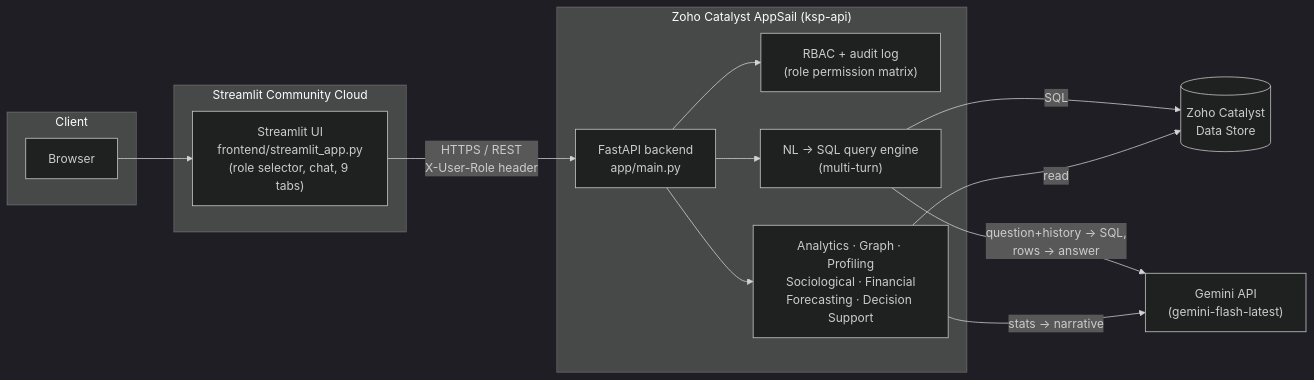
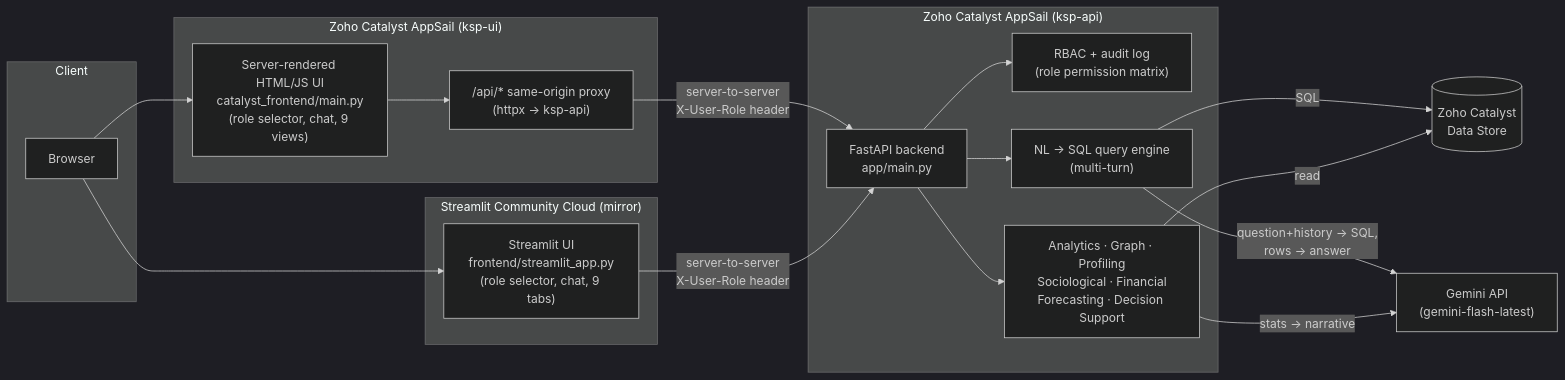
Before and after one commit to divya-d510/kaval-ai: the diagram in README.md, drawn with Mermaid (dark theme). The commit also changed other lines of this file and 9 other files, not shown here.

Commit message:
frontend deployed with catalyst zoho

````diff
--- a/README.md
+++ b/README.md
@@ -36,30 +38,38 @@
 ```mermaid
 flowchart LR
     subgraph Client
         Browser["Browser"]
     end
 
-    subgraph "Streamlit Community Cloud"
+    subgraph "Zoho Catalyst AppSail (ksp-ui)"
+        HTML["Server-rendered HTML/JS UI\ncatalyst_frontend/main.py\n(role selector, chat, 9 views)"]
+        Proxy["/api/* same-origin proxy\n(httpx -> ksp-api)"]
+    end
+
+    subgraph "Streamlit Community Cloud (mirror)"
         UI["Streamlit UI\nfrontend/streamlit_app.py\n(role selector, chat, 9 tabs)"]
     end
 
     subgraph "Zoho Catalyst AppSail (ksp-api)"
         API["FastAPI backend\napp/main.py"]
         RBAC["RBAC + audit log\n(role permission matrix)"]
         QE["NL -> SQL query engine\n(multi-turn)"]
         Services["Analytics · Graph · Profiling\nSociological · Financial\nForecasting · Decision Support"]
     end
 
     DS[("Zoho Catalyst\nData Store")]
     LLM["Gemini API\n(gemini-flash-latest)"]
 
+    Browser --> HTML
     Browser --> UI
-    UI -- "HTTPS / REST\nX-User-Role header" --> API
+    HTML --> Proxy
+    Proxy -- "server-to-server\nX-User-Role header" --> API
+    UI -- "server-to-server\nX-User-Role header" --> API
     API --> RBAC
     API --> QE
     API --> Services
     QE -- "SQL" --> DS
     Services -- "read" --> DS
     QE -- "question+history -> SQL,\nrows -> answer" --> LLM
     Services -- "stats -> narrative" --> LLM
 ```
````
